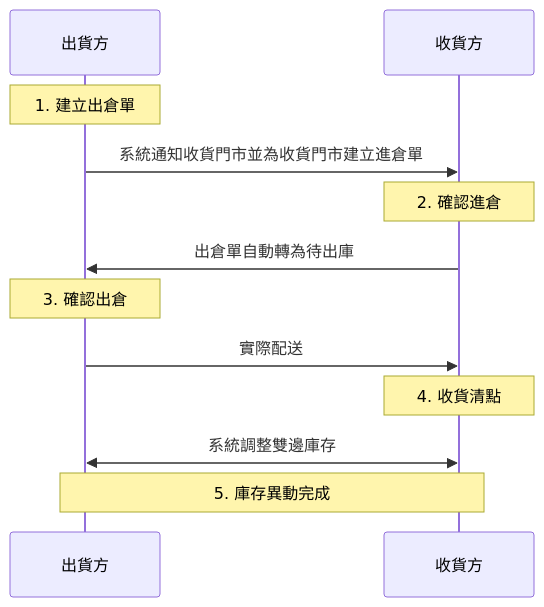
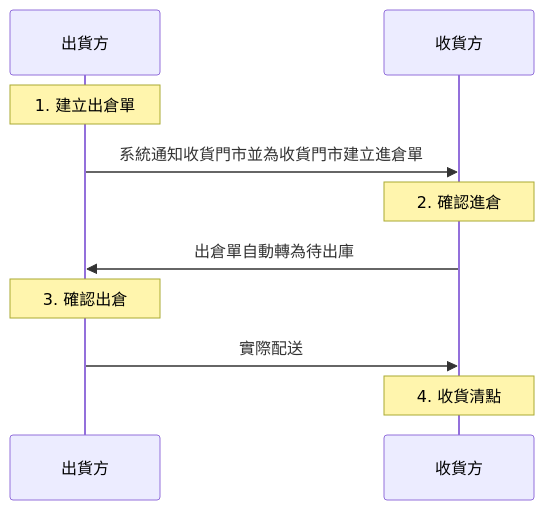
One commit to sinleadpro/zensical-zh-tw changed the diagram in docs/pos/inventory/outbound-complete-process.md. Above: the diagram before and after it, drawn with Mermaid. The commit also changed other lines of this file and 108 other files, not shown here.

````diff
--- a/docs/pos/inventory/outbound-complete-process.md
+++ b/docs/pos/inventory/outbound-complete-process.md
@@ -82,15 +84,13 @@
 ```mermaid
 sequenceDiagram
 
 participant 出貨方
 participant 收貨方
 Note over 出貨方: 1. 建立出倉單
 出貨方->>收貨方: 系統通知收貨門市並為收貨門市建立進倉單
 Note over 收貨方: 2. 確認進倉
 收貨方 ->>出貨方: 出倉單自動轉為待出庫
 Note over 出貨方: 3. 確認出倉
 出貨方->>收貨方: 實際配送
 Note over 收貨方: 4. 收貨清點
-收貨方 <<->>出貨方: 系統調整雙邊庫存
-Note over 出貨方,收貨方: 5. 庫存異動完成
 ```
````
